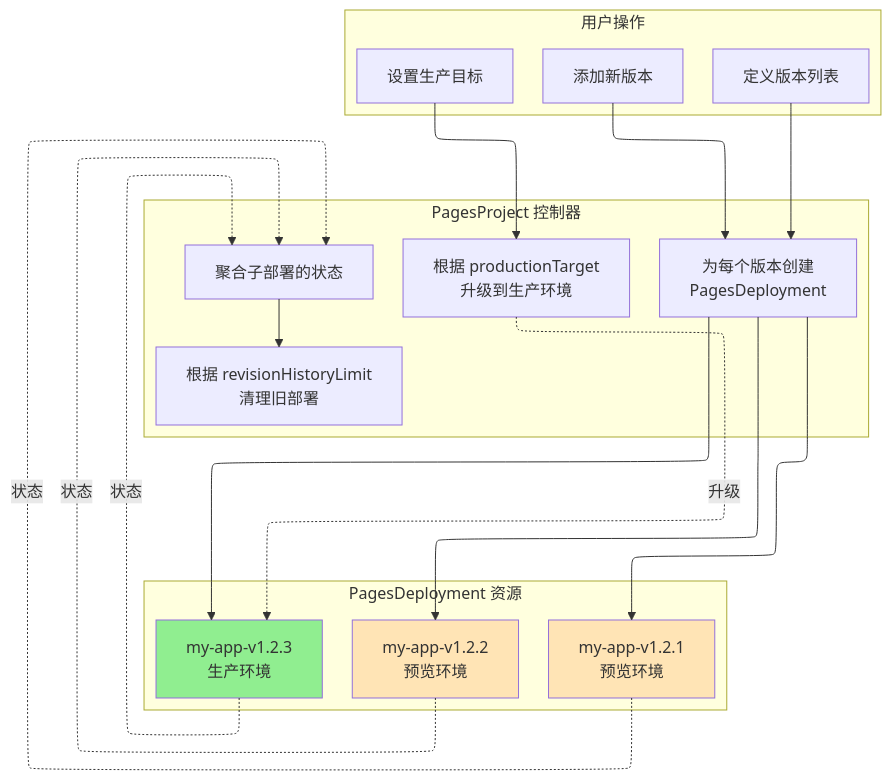
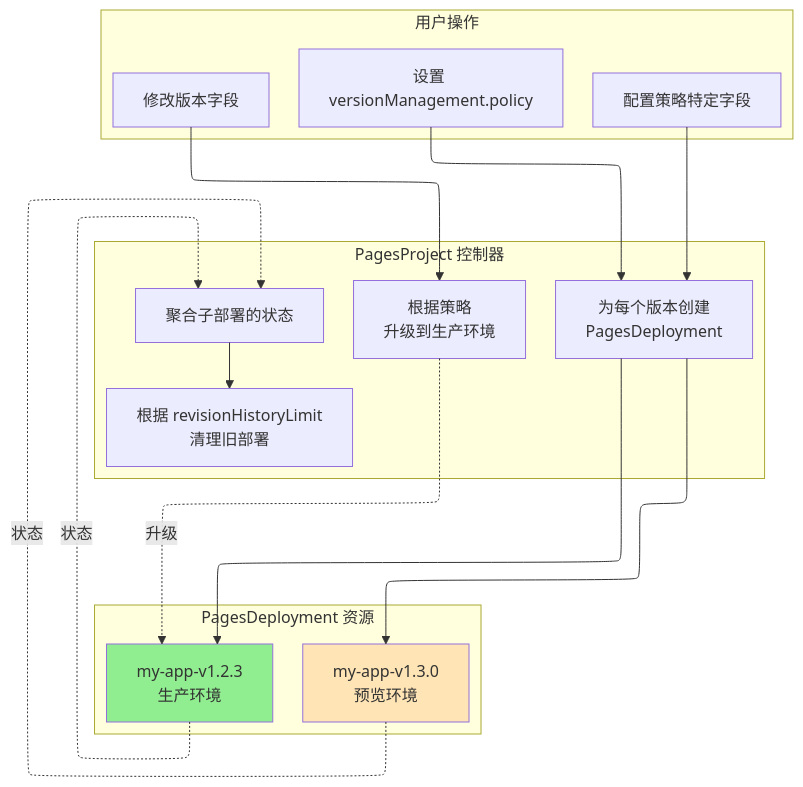
One commit to StringKe/cloudflare-operator changed the diagram in docs/zh/api-reference/pagesproject.md. Above: the diagram before and after it, drawn with Mermaid. The commit also changed other lines of this file and 21 other files, not shown here.

First line of the commit message:
feat(pagesproject): implement 8 version management policies

````diff
--- a/docs/zh/api-reference/pagesproject.md
+++ b/docs/zh/api-reference/pagesproject.md
@@ -177,41 +229,37 @@
 ```mermaid
 ---
 config:
   layout: elk
 ---
 graph TB
     subgraph User["用户操作"]
-        A1[定义版本列表]
-        A2[设置生产目标]
-        A3[添加新版本]
+        A1[设置 versionManagement.policy]
+        A2[配置策略特定字段]
+        A3[修改版本字段]
     end
 
     subgraph Controller["PagesProject 控制器"]
         C1[为每个版本创建<br/>PagesDeployment]
-        C2[根据 productionTarget<br/>升级到生产环境]
+        C2[根据策略<br/>升级到生产环境]
         C3[聚合子部署的状态]
         C4[根据 revisionHistoryLimit<br/>清理旧部署]
     end
 
     subgraph Deployment["PagesDeployment 资源"]
         D1[my-app-v1.2.3<br/>生产环境]
-        D2[my-app-v1.2.2<br/>预览环境]
-        D3[my-app-v1.2.1<br/>预览环境]
+        D2[my-app-v1.3.0<br/>预览环境]
     end
 
     A1 --> C1
-    A2 --> C2
-    A3 --> C1
+    A2 --> C1
+    A3 --> C2
     C1 --> D1
     C1 --> D2
-    C1 --> D3
     C2 -.升级.-> D1
     D1 -.状态.-> C3
     D2 -.状态.-> C3
-    D3 -.状态.-> C3
     C3 --> C4
 
     style D1 fill:#90EE90
     style D2 fill:#FFE4B5
-    style D3 fill:#FFE4B5
 ```
````
